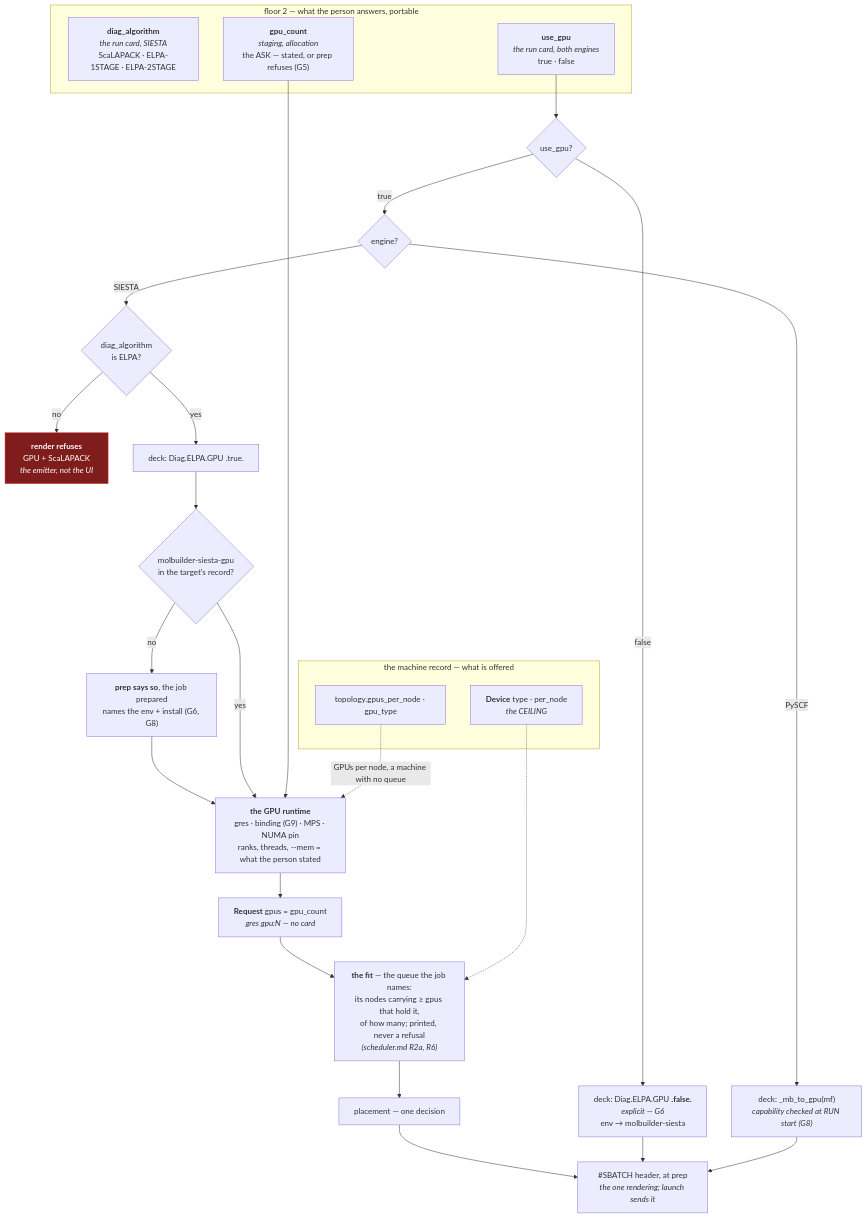
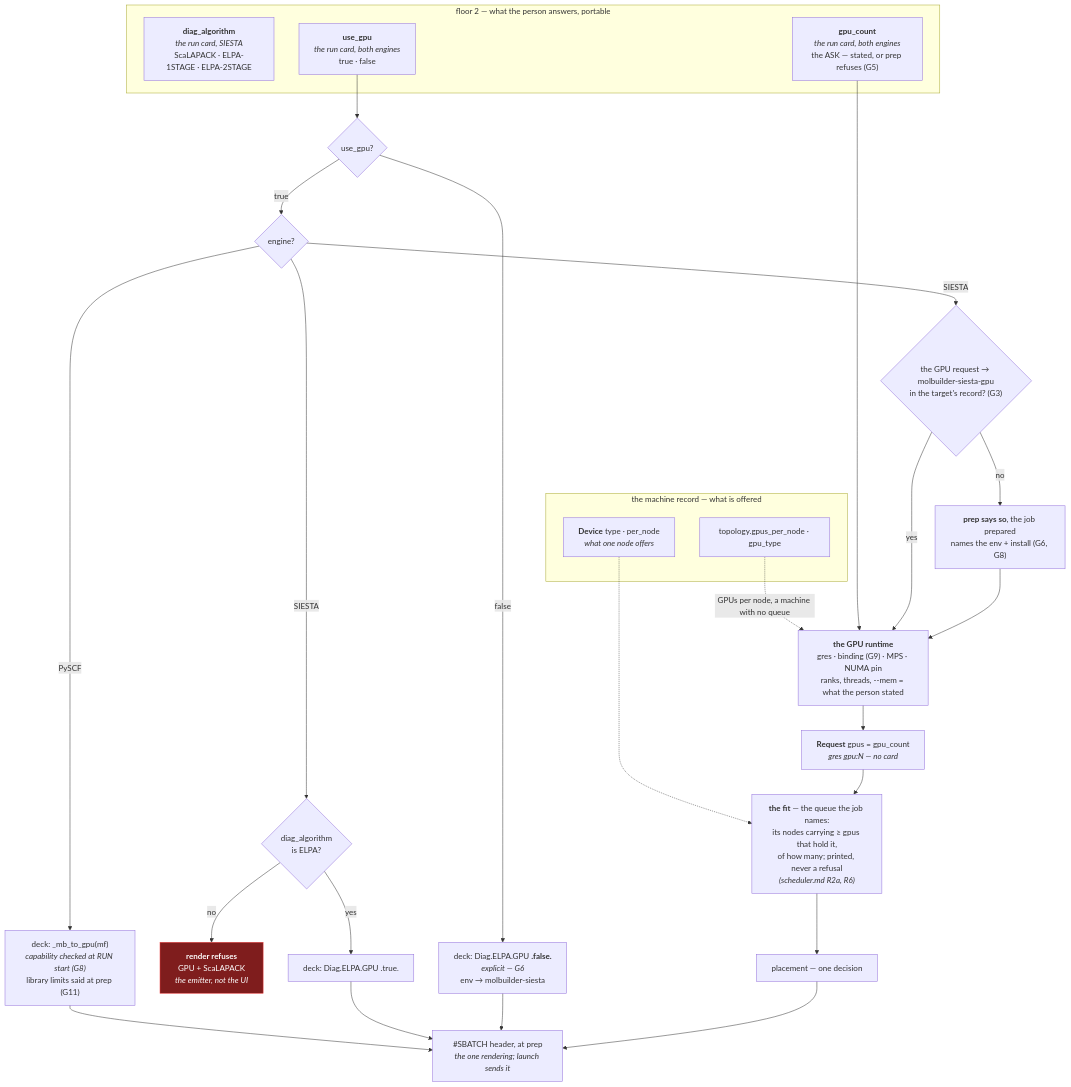
The diagram in docs/execution/gpu.md (Qing-LAB/molbuilder), drawn with Mermaid before and after one commit. The commit also changed other lines of this file and 30 other files, not shown here.

````diff
--- a/docs/execution/gpu.md
+++ b/docs/execution/gpu.md
@@ -208,42 +255,44 @@
 ```mermaid
 flowchart TB
     subgraph ASK["floor 2 — what the person answers, portable"]
         SOLVER["<b>diag_algorithm</b><br/><i>the run card, SIESTA</i><br/>ScaLAPACK · ELPA-1STAGE · ELPA-2STAGE"]
         WANT["<b>use_gpu</b><br/><i>the run card, both engines</i><br/>true · false"]
-        COUNT["<b>gpu_count</b><br/><i>staging, allocation</i><br/>the ASK — stated, or prep refuses (G5)"]
+        COUNT["<b>gpu_count</b><br/><i>the run card, both engines</i><br/>the ASK — stated, or prep refuses (G5)"]
     end
 
     subgraph MACH["the machine record — what is offered"]
-        DEV["<b>Device</b> type · per_node<br/><i>the CEILING</i>"]
+        DEV["<b>Device</b> type · per_node<br/><i>what one node offers</i>"]
         TOPO["topology.gpus_per_node · gpu_type"]
     end
 
     WANT --> Q1{"use_gpu?"}
     Q1 -->|false| CPU["deck: Diag.ELPA.GPU <b>.false.</b><br/><i>explicit — G6</i><br/>env → molbuilder-siesta"]
     Q1 -->|true| Q2{"engine?"}
 
     Q2 -->|SIESTA| Q3{"diag_algorithm<br/>is ELPA?"}
     Q3 -->|no| REFUSE1["<b>render refuses</b><br/>GPU + ScaLAPACK<br/><i>the emitter, not the UI</i>"]
     Q3 -->|yes| DECK["deck: Diag.ELPA.GPU .true."]
-    Q2 -->|PySCF| PYDECK["deck: _mb_to_gpu(mf)<br/><i>capability checked at RUN start (G8)</i>"]
+    ENV{"the GPU request → molbuilder-siesta-gpu<br/>in the target's record? (G3)"}
+    Q2 -->|SIESTA| ENV
+    Q2 -->|PySCF| PYDECK["deck: _mb_to_gpu(mf)<br/><i>capability checked at RUN start (G8)</i><br/>library limits said at prep (G11)"]
 
-    DECK --> ENV{"molbuilder-siesta-gpu<br/>in the target's record?"}
     ENV -->|no| SAID2["<b>prep says so</b>, the job prepared<br/>names the env + install (G6, G8)"]
     SAID2 --> RT
     ENV -->|yes| RT["<b>the GPU runtime</b><br/>gres · binding (G9) · MPS · NUMA pin<br/>ranks, threads, --mem = what the person stated"]
 
     COUNT --> RT
     TOPO -.->|"GPUs per node, a machine with no queue"| RT
     RT --> REQ["<b>Request</b> gpus = gpu_count<br/><i>gres gpu:N — no card</i>"]
 
     REQ --> FIT["<b>the fit</b> — the queue the job names:<br/>its nodes carrying ≥ gpus that hold it,<br/>of how many; printed, never a refusal<br/><i>(scheduler.md R2a, R6)</i>"]
     DEV -.-> FIT
     FIT --> PLACE["placement — one decision"]
     PLACE --> OUT["#SBATCH header, at prep<br/><i>the one rendering; launch sends it</i>"]
 
     CPU --> OUT
+    DECK --> OUT
     PYDECK --> OUT
 
     classDef refuse fill:#7f1d1d,stroke:#ef4444,color:#fff
     class REFUSE1 refuse
 ```
````
